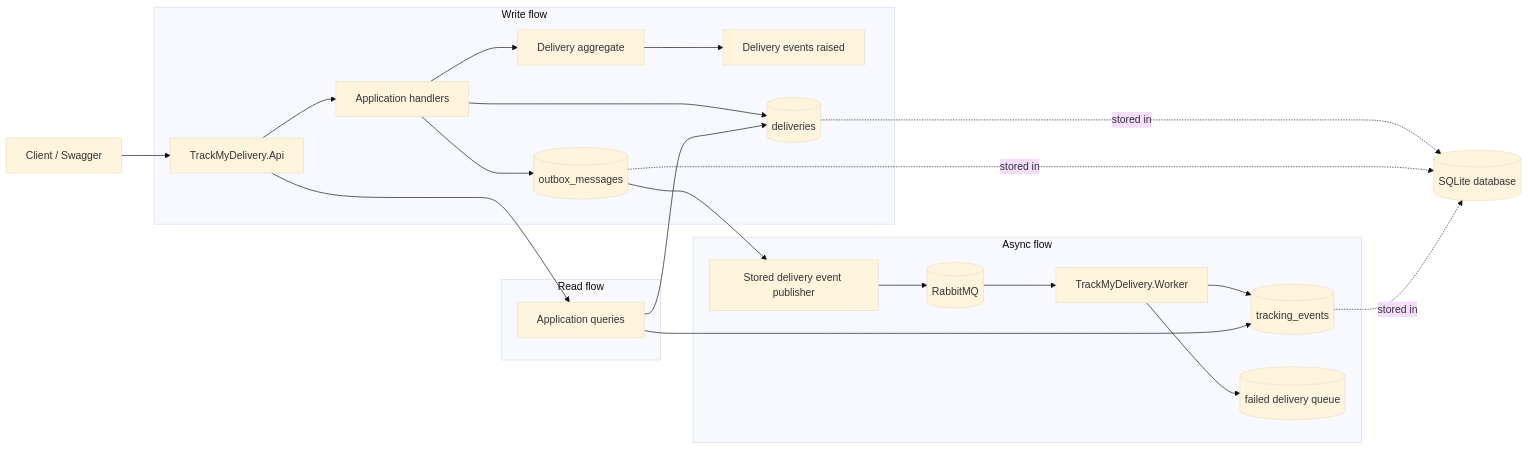
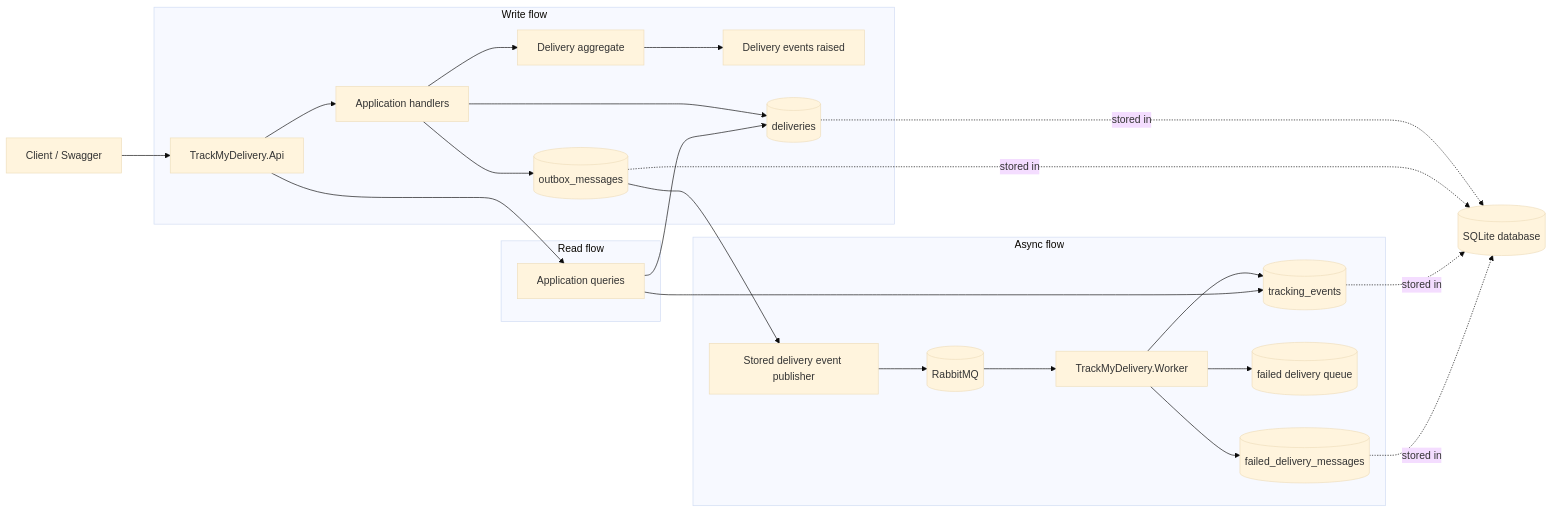
One commit to zanworkingremotely/enterprise-distributed-architecture changed the first of 2 diagrams in README.md. Above: the diagram before and after it, drawn with Mermaid (base theme). The commit also changed other lines of this file and 13 other files, not shown here.

First line of the commit message:
Add replay support for parked delivery messages

````diff
--- a/README.md
+++ b/README.md
@@ -31,30 +31,32 @@
 ```mermaid
 flowchart LR
     Client["Client / Swagger"] --> Api["TrackMyDelivery.Api"]
 
     subgraph WriteFlow["Write flow"]
         Api --> App["Application handlers"]
         App --> Domain["Delivery aggregate"]
         Domain --> Events["Delivery events raised"]
         App --> DeliveryStore[("deliveries")]
         App --> StoredEvents[("outbox_messages")]
     end
 
     subgraph AsyncFlow["Async flow"]
         StoredEvents --> Publisher["Stored delivery event publisher"]
         Publisher --> Broker[("RabbitMQ")]
         Broker --> Worker["TrackMyDelivery.Worker"]
         Worker --> TimelineStore[("tracking_events")]
         Worker --> FailedEvents[("failed delivery queue")]
+        Worker --> FailedLedger[("failed_delivery_messages")]
     end
 
     subgraph ReadFlow["Read flow"]
         Api --> QueryHandlers["Application queries"]
         QueryHandlers --> TimelineStore
         QueryHandlers --> DeliveryStore
     end
 
     DeliveryStore -. stored in .-> Sqlite[("SQLite database")]
     StoredEvents -. stored in .-> Sqlite
     TimelineStore -. stored in .-> Sqlite
+    FailedLedger -. stored in .-> Sqlite
 ```
````
